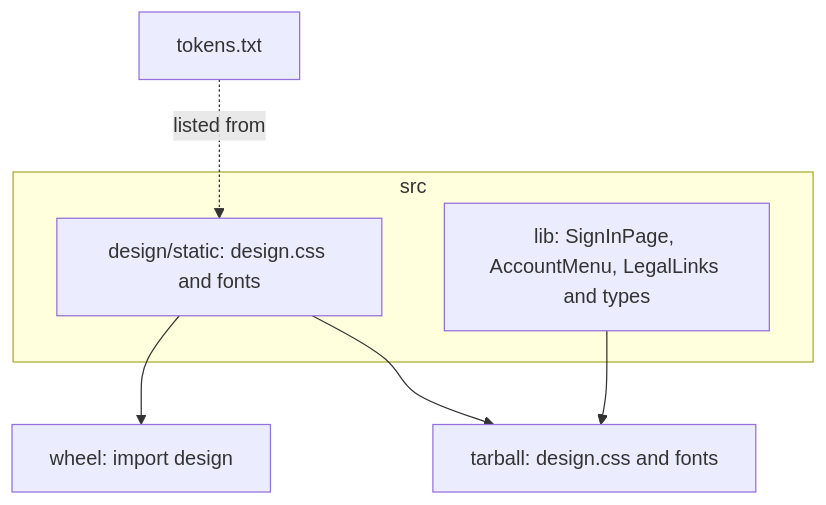
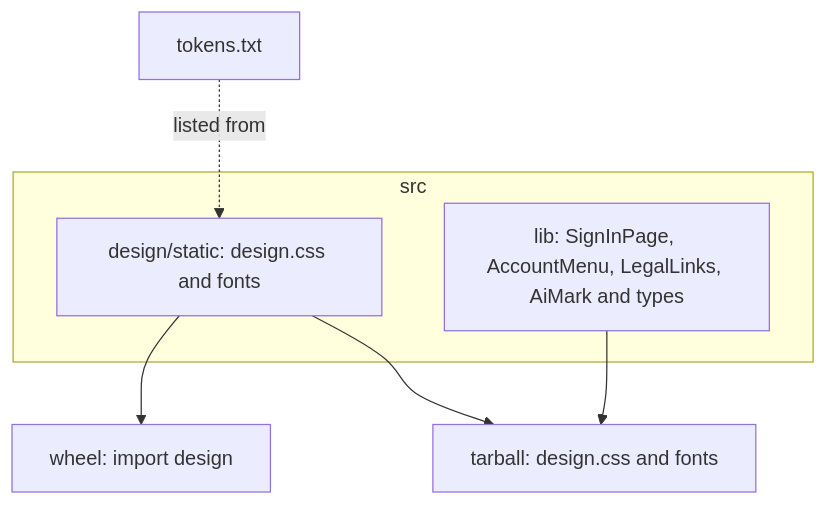
One commit to overnightworks/appkit changed the second of 3 diagrams in docs/ARCHITECTURE.md. Above: the diagram before and after it, drawn with Mermaid. The commit also changed other lines of this file and 6 other files, not shown here.

````diff
--- a/docs/ARCHITECTURE.md
+++ b/docs/ARCHITECTURE.md
@@ -32,11 +32,11 @@
 ```mermaid
 flowchart TB
   subgraph source[src]
     css[design/static: design.css and fonts]
-    comp[lib: SignInPage, AccountMenu, LegalLinks and types]
+    comp[lib: SignInPage, AccountMenu, LegalLinks, AiMark and types]
   end
   css --> wheel[wheel: import design]
   css --> tgz[tarball: design.css and fonts]
   comp --> tgz
   tokens[tokens.txt] -. listed from .-> css
 ```
````
